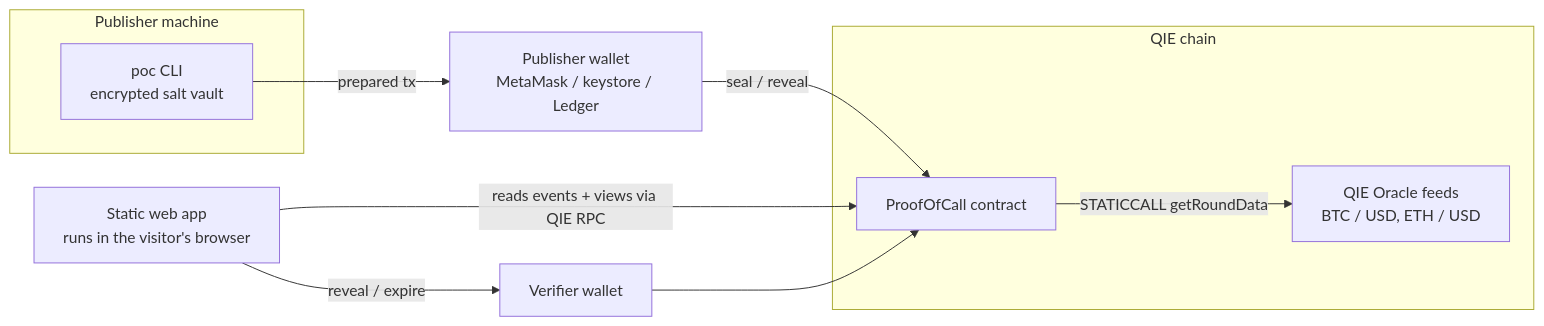
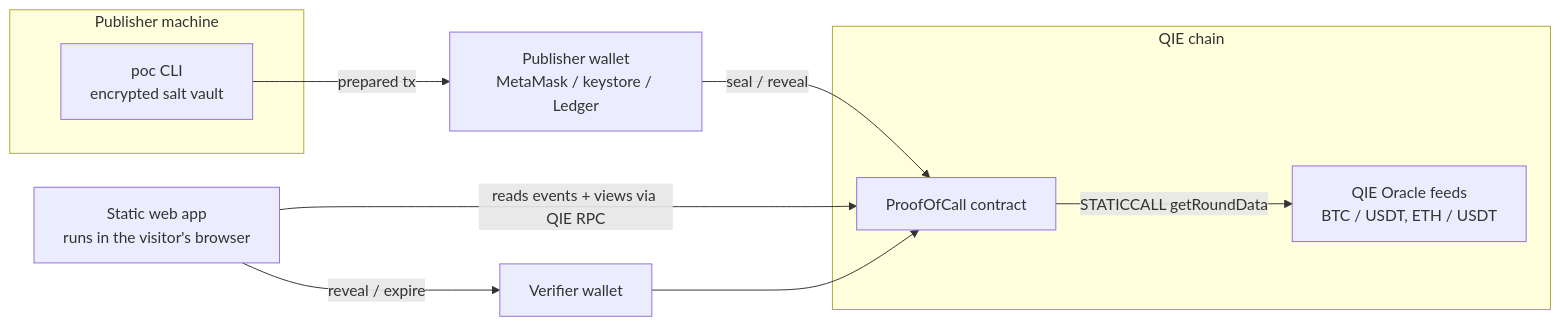
One commit to metafrogmeme-droid/proof-of-call changed the first of 2 diagrams in docs/presentation/TALK_NOTES.md. Above: the diagram before and after it, drawn with Mermaid. The commit also changed other lines of this file and 14 other files, not shown here.

First line of the commit message:
Mainnet feeds verified by the owner; on-chain labels BTC / USDT, ETH / USDT

````diff
--- a/docs/presentation/TALK_NOTES.md
+++ b/docs/presentation/TALK_NOTES.md
@@ -13,17 +13,17 @@
 ```mermaid
 flowchart LR
     subgraph Publisher machine
         CLI[poc CLI<br/>encrypted salt vault]
     end
     W1[Publisher wallet<br/>MetaMask / keystore / Ledger]
     subgraph QIE chain
         POC[ProofOfCall contract]
-        ORA[QIE Oracle feeds<br/>BTC / USD, ETH / USD]
+        ORA[QIE Oracle feeds<br/>BTC / USDT, ETH / USDT]
     end
     WEB[Static web app<br/>runs in the visitor's browser]
     W2[Verifier wallet]
     CLI -- prepared tx --> W1 -- seal / reveal --> POC
     POC -- STATICCALL getRoundData --> ORA
     WEB -- reads events + views via QIE RPC --> POC
     WEB -- reveal / expire --> W2 --> POC
 ```
````
